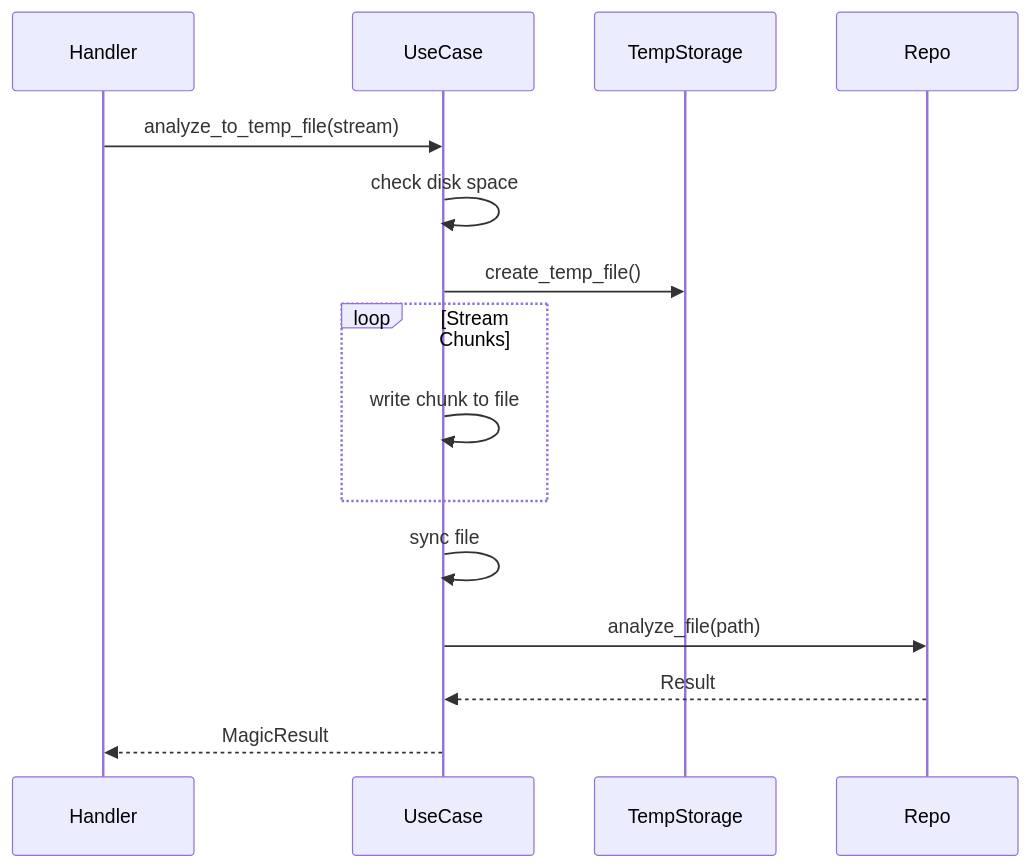
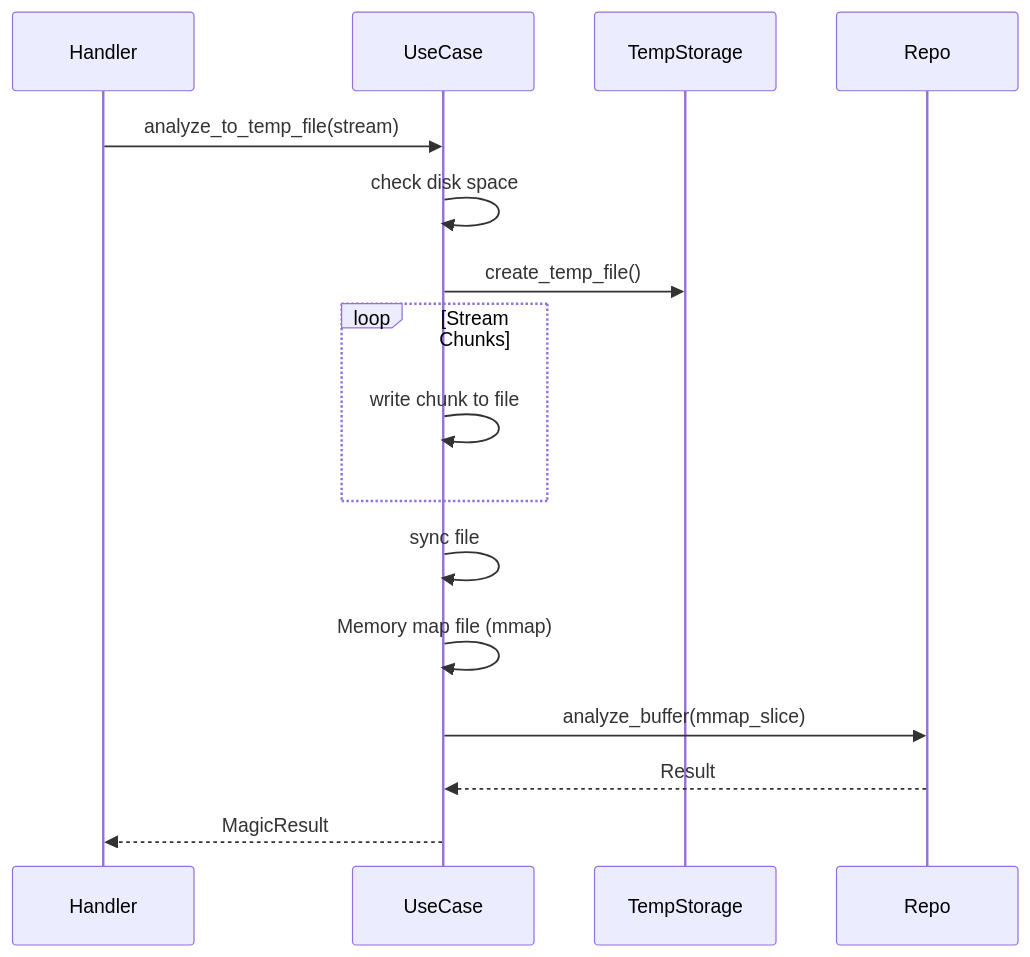
The third of 4 diagrams in docs/reference/application/analyze_content.md (photom/magicer), drawn with Mermaid before and after one commit. The commit also changed 18 other files, not shown here.

````diff
--- a/docs/reference/application/analyze_content.md
+++ b/docs/reference/application/analyze_content.md
@@ -82,18 +82,19 @@
 ```mermaid
 sequenceDiagram
     participant Handler
     participant UseCase
     participant TempStorage
     participant Repo
     
     Handler->>UseCase: analyze_to_temp_file(stream)
     UseCase->>UseCase: check disk space
     UseCase->>TempStorage: create_temp_file()
     loop Stream Chunks
         UseCase->>UseCase: write chunk to file
     end
     UseCase->>UseCase: sync file
-    UseCase->>Repo: analyze_file(path)
+    UseCase->>UseCase: Memory map file (mmap)
+    UseCase->>Repo: analyze_buffer(mmap_slice)
     Repo-->>UseCase: Result
     UseCase-->>Handler: MagicResult
 ```
````
